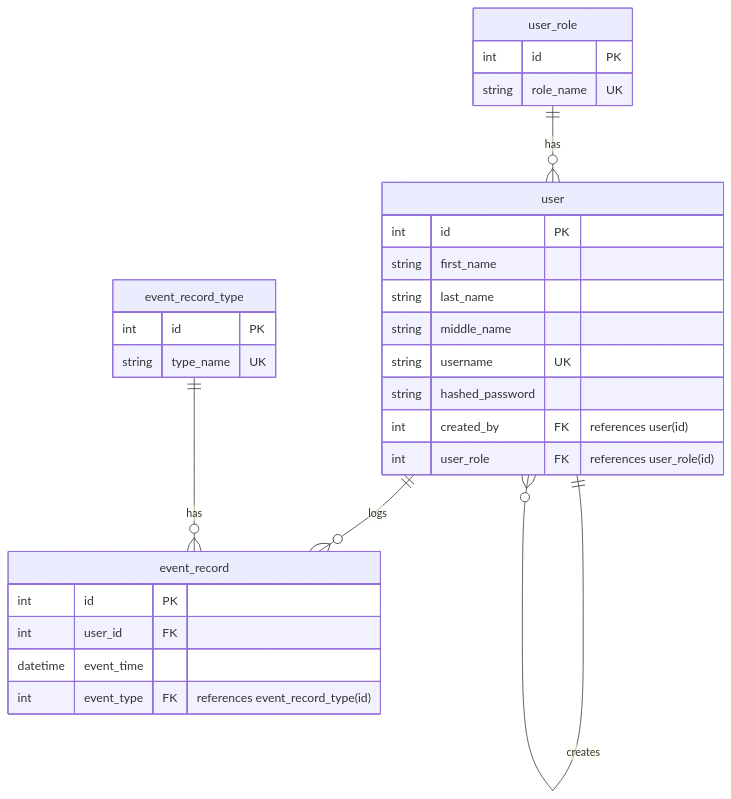
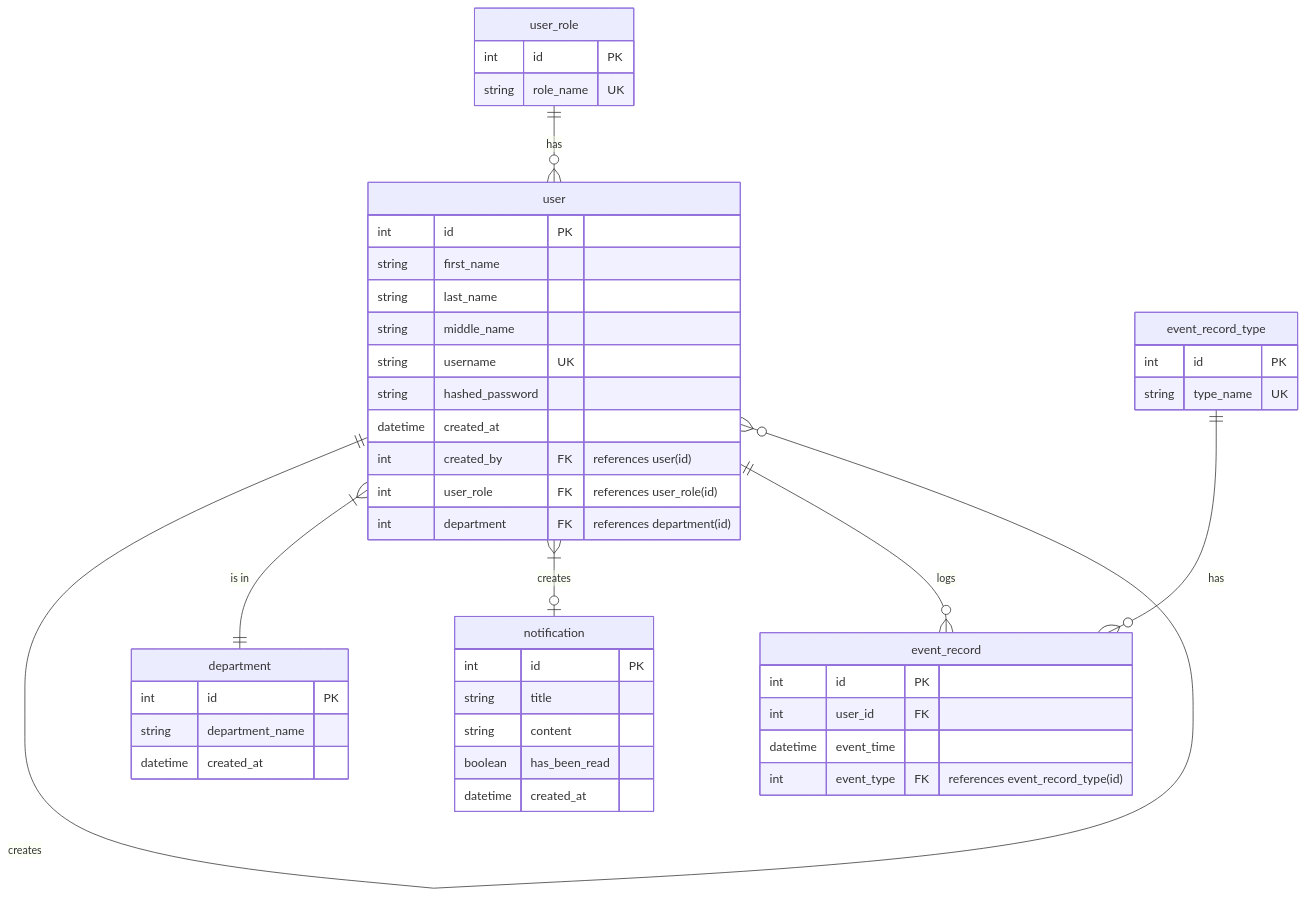
One commit to TheoDrHashiriya/daily-time-record changed the diagram in README.md. Above: the diagram before and after it, drawn with Mermaid. The commit also changed 1 other file, not shown here.

Commit message:
updated db schema and sql to reflect new changes

````diff
--- a/README.md
+++ b/README.md
@@ -19,36 +19,53 @@
 ```mermaid
 erDiagram
+department{
+int id PK
+string department_name
+datetime created_at
+}
+
+user_role{
+int id PK
+string role_name UK
+}
+
 user{
 int id PK
 string first_name
 string last_name
 string middle_name
 string username UK
 string hashed_password
+datetime created_at
 int created_by FK "references user(id)"
 int user_role FK "references user_role(id)"
+int department FK "references department(id)"
 }
 
-user_role{
+notification{
 int id PK
-string role_name UK
+string title
+string content
+boolean has_been_read
+datetime created_at
+}
+
+event_record_type{
+int id PK
+string type_name UK
 }
 
 event_record{
 int id PK
 int user_id FK
 datetime event_time
 int event_type FK "references event_record_type(id)"
 }
 
-event_record_type{
-int id PK
-string type_name UK
-}
-
 user||--o{user:"creates"
 user_role||--o{user:"has"
-
+user}|--||department:"is in"
+user}|--o|notification:"creates"
 user||--o{event_record:"logs"
 event_record_type||--o{event_record:"has"
 ```
````
